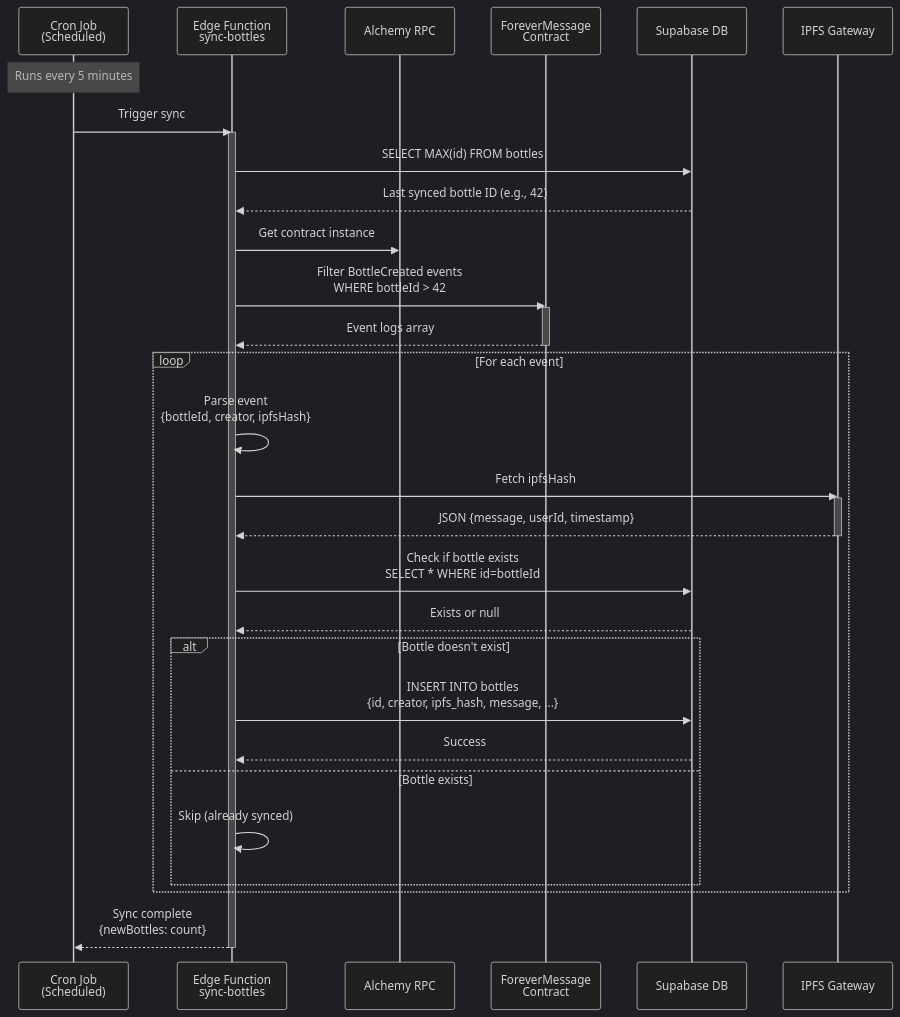
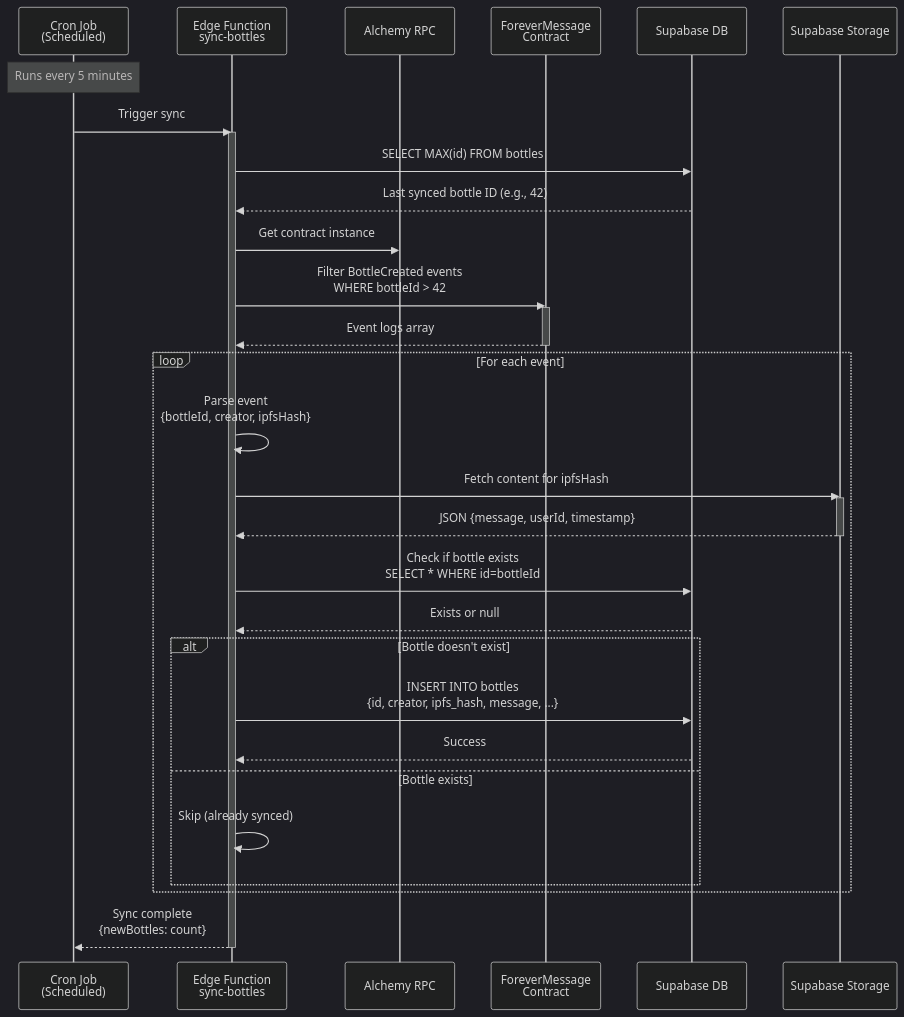
Before and after one commit to loscolmebrothers/forever-message-docs: the fifth of 6 diagrams in architecture/data-flow.md, drawn with Mermaid (dark theme). The commit also changed other lines of this file and 4 other files, not shown here.

Commit message:
docs: replace all IPFS/Filebase references with Supabase Storage

````diff
--- a/architecture/data-flow.md
+++ b/architecture/data-flow.md
@@ -368,45 +368,45 @@
 ```mermaid
 sequenceDiagram
     participant Cron as Cron Job<br/>(Scheduled)
     participant EdgeFn as Edge Function<br/>sync-bottles
     participant RPC as Alchemy RPC
     participant Contract as ForeverMessage<br/>Contract
     participant DB as Supabase DB
-    participant IPFS as IPFS Gateway
+    participant Storage as Supabase Storage
 
     Note over Cron: Runs every 5 minutes
 
     Cron->>EdgeFn: Trigger sync
     activate EdgeFn
 
     EdgeFn->>DB: SELECT MAX(id) FROM bottles
     DB-->>EdgeFn: Last synced bottle ID (e.g., 42)
 
     EdgeFn->>RPC: Get contract instance
     EdgeFn->>Contract: Filter BottleCreated events<br/>WHERE bottleId > 42
     activate Contract
     Contract-->>EdgeFn: Event logs array
     deactivate Contract
 
     loop For each event
         EdgeFn->>EdgeFn: Parse event<br/>{bottleId, creator, ipfsHash}
 
-        EdgeFn->>IPFS: Fetch ipfsHash
-        activate IPFS
-        IPFS-->>EdgeFn: JSON {message, userId, timestamp}
-        deactivate IPFS
+        EdgeFn->>Storage: Fetch content for ipfsHash
+        activate Storage
+        Storage-->>EdgeFn: JSON {message, userId, timestamp}
+        deactivate Storage
 
         EdgeFn->>DB: Check if bottle exists<br/>SELECT * WHERE id=bottleId
         DB-->>EdgeFn: Exists or null
 
         alt Bottle doesn't exist
             EdgeFn->>DB: INSERT INTO bottles<br/>{id, creator, ipfs_hash, message, ...}
             DB-->>EdgeFn: Success
         else Bottle exists
             EdgeFn->>EdgeFn: Skip (already synced)
         end
     end
 
     EdgeFn-->>Cron: Sync complete<br/>{newBottles: count}
     deactivate EdgeFn
 ```
````
